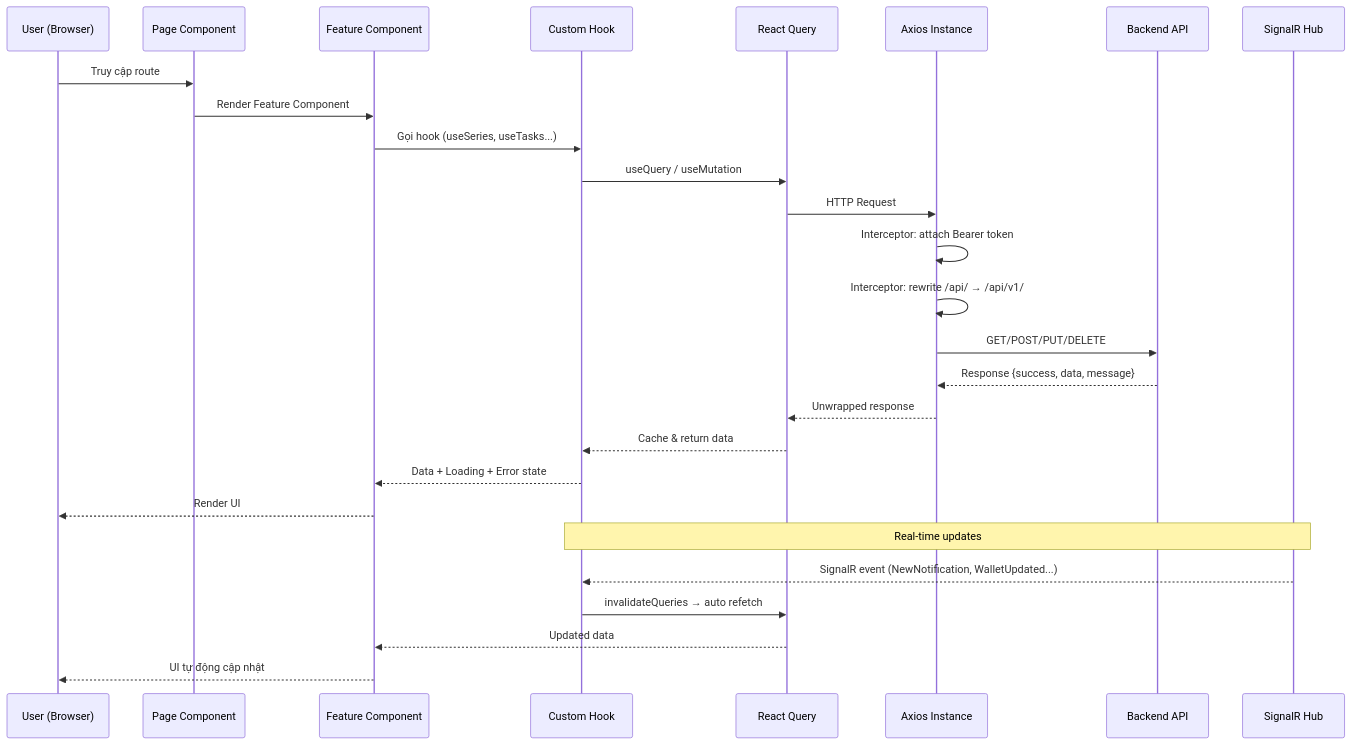
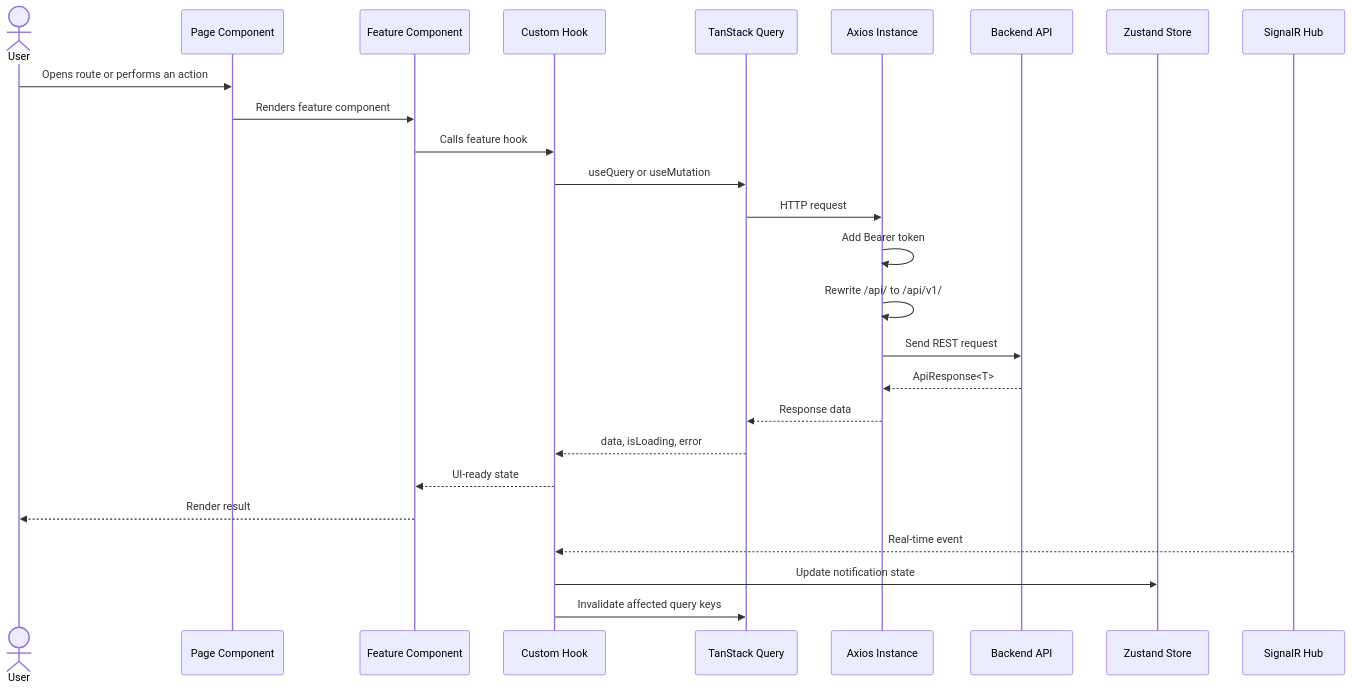
The second of 4 diagrams in FRONTEND_GUIDE_PHUC.md (SonNPXSE183201/FE-SWP391), drawn with Mermaid before and after one commit. The commit also changed other lines of this file and 30 other files, not shown here.

Commit message:
feat: refine contract review and publishing flows

````diff
--- a/FRONTEND_GUIDE_PHUC.md
+++ b/FRONTEND_GUIDE_PHUC.md
@@ -213,31 +238,30 @@
 ```mermaid
 sequenceDiagram
-    participant U as User (Browser)
-    participant P as Page Component
-    participant F as Feature Component
-    participant H as Custom Hook
-    participant RQ as React Query
-    participant AX as Axios Instance
-    participant BE as Backend API
-    participant SR as SignalR Hub
+    actor User
+    participant Page as Page Component
+    participant Feature as Feature Component
+    participant Hook as Custom Hook
+    participant Query as TanStack Query
+    participant Axios as Axios Instance
+    participant API as Backend API
+    participant Store as Zustand Store
+    participant SignalR as SignalR Hub
 
-    U->>P: Truy cập route
-    P->>F: Render Feature Component
-    F->>H: Gọi hook (useSeries, useTasks...)
-    H->>RQ: useQuery / useMutation
-    RQ->>AX: HTTP Request
-    AX->>AX: Interceptor: attach Bearer token
-    AX->>AX: Interceptor: rewrite /api/ → /api/v1/
-    AX->>BE: GET/POST/PUT/DELETE
-    BE-->>AX: Response {success, data, message}
-    AX-->>RQ: Unwrapped response
-    RQ-->>H: Cache & return data
-    H-->>F: Data + Loading + Error state
-    F-->>U: Render UI
+    User->>Page: Opens route or performs an action
+    Page->>Feature: Renders feature component
+    Feature->>Hook: Calls feature hook
+    Hook->>Query: useQuery or useMutation
+    Query->>Axios: HTTP request
+    Axios->>Axios: Add Bearer token
+    Axios->>Axios: Rewrite /api/ to /api/v1/
+    Axios->>API: Send REST request
+    API-->>Axios: ApiResponse<T>
+    Axios-->>Query: Response data
+    Query-->>Hook: data, isLoading, error
+    Hook-->>Feature: UI-ready state
+    Feature-->>User: Render result
 
-    Note over SR,H: Real-time updates
-    SR-->>H: SignalR event (NewNotification, WalletUpdated...)
-    H->>RQ: invalidateQueries → auto refetch
-    RQ-->>F: Updated data
-    F-->>U: UI tự động cập nhật
+    SignalR-->>Hook: Real-time event
+    Hook->>Store: Update notification state
+    Hook->>Query: Invalidate affected query keys
 ```
````
